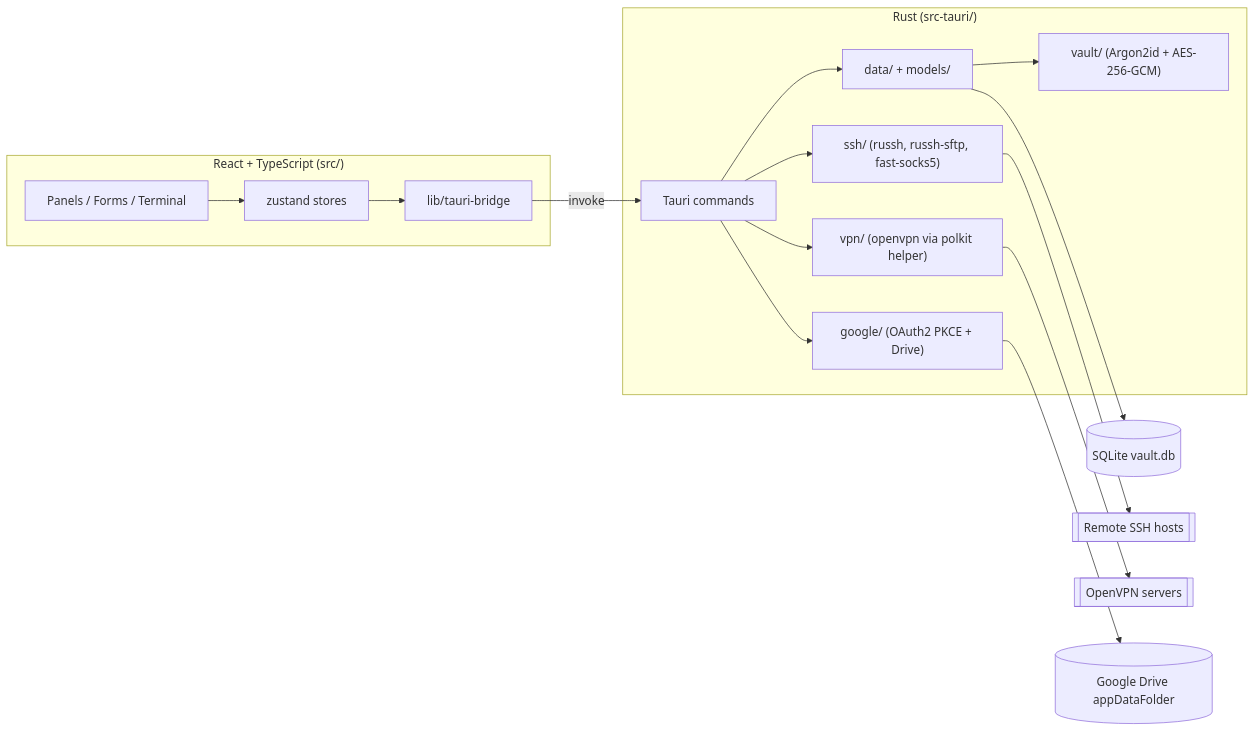
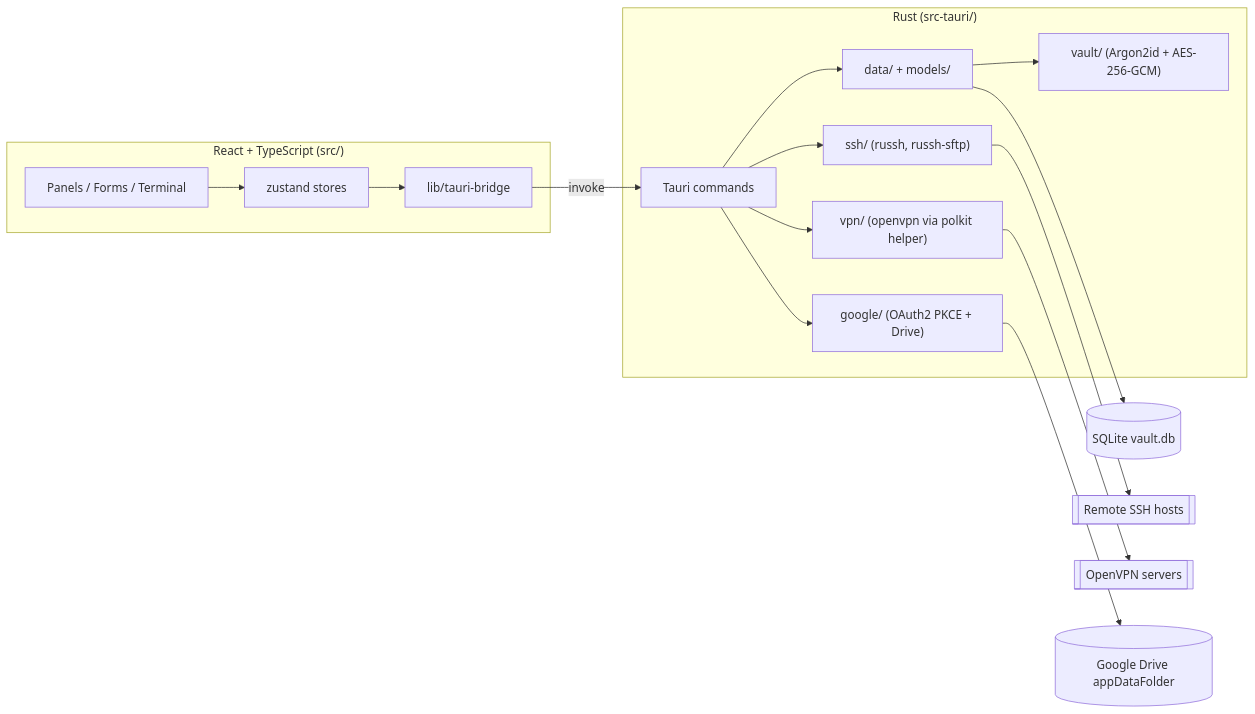
The diagram in ARCHITECTURE.md (connecthub-client/ConnectHub), drawn with Mermaid before and after one commit. The commit also changed other lines of this file and 9 other files, not shown here.

````diff
--- a/ARCHITECTURE.md
+++ b/ARCHITECTURE.md
@@ -5,27 +5,27 @@
 ```mermaid
 flowchart LR
     subgraph Frontend["React + TypeScript (src/)"]
         UI[Panels / Forms / Terminal]
         Bridge[lib/tauri-bridge]
         Store[zustand stores]
     end
     subgraph Backend["Rust (src-tauri/)"]
         Cmd[Tauri commands]
         Data[data/ + models/]
-        SSH["ssh/ (russh, russh-sftp, fast-socks5)"]
+        SSH["ssh/ (russh, russh-sftp)"]
         Vault["vault/ (Argon2id + AES-256-GCM)"]
         VPN["vpn/ (openvpn via polkit helper)"]
         Google["google/ (OAuth2 PKCE + Drive)"]
     end
     SQLite[(SQLite vault.db)]
     Remote[[Remote SSH hosts]]
     OVPN[[OpenVPN servers]]
     Drive[(Google Drive appDataFolder)]
 
     UI --> Store --> Bridge -->|invoke| Cmd
     Cmd --> Data --> SQLite
     Cmd --> SSH --> Remote
     Cmd --> VPN --> OVPN
     Cmd --> Google --> Drive
     Data --> Vault
 ```
````
